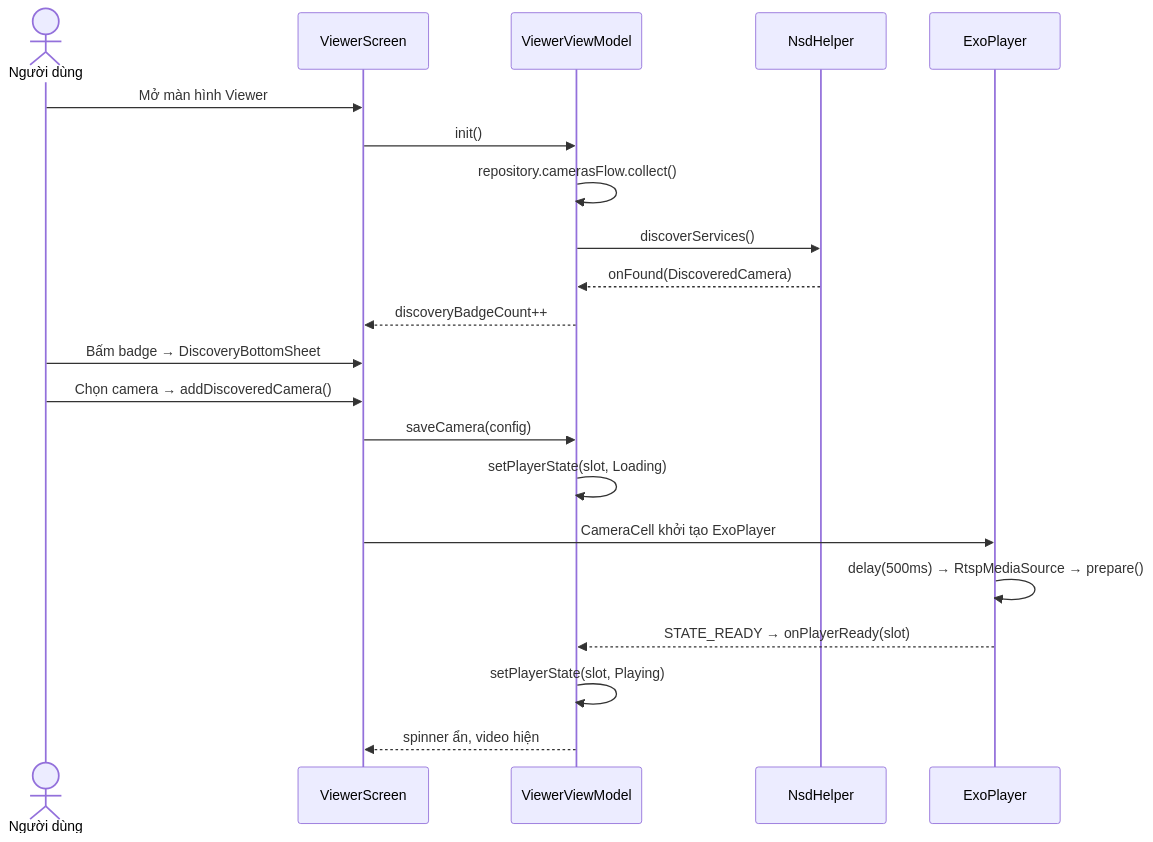
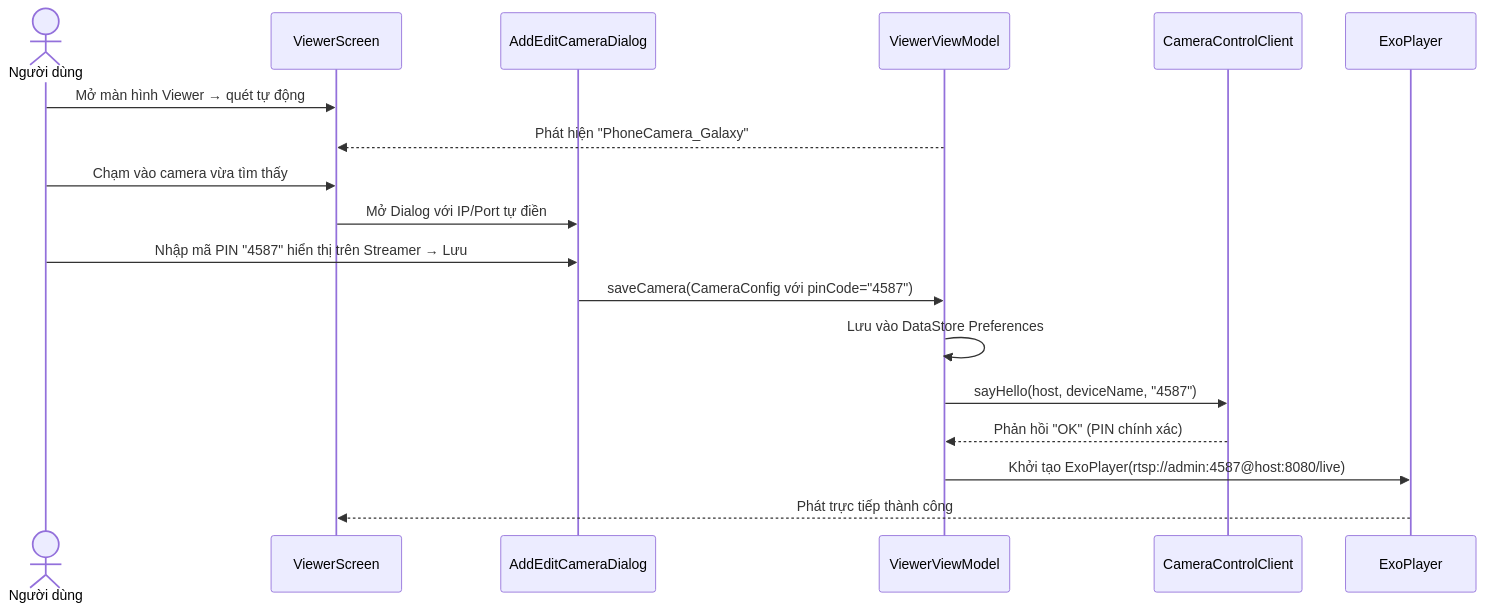
Before and after one commit to nvdung1607/PhoneCamera: the fourth of 5 diagrams in README.md, drawn with Mermaid. The commit also changed other lines of this file and 16 other files, not shown here.

````diff
--- a/README.md
+++ b/README.md
@@ -142,27 +210,22 @@
 ```mermaid
 sequenceDiagram
     actor U as Người dùng
     participant VS as ViewerScreen
+    participant ADD as AddEditCameraDialog
     participant VVM as ViewerViewModel
-    participant NSD as NsdHelper
+    participant CCC as CameraControlClient
     participant EXO as ExoPlayer
 
-    U->>VS: Mở màn hình Viewer
-    VS->>VVM: init()
-    VVM->>VVM: repository.camerasFlow.collect()
-    VVM->>NSD: discoverServices()
+    U->>VS: Mở màn hình Viewer → quét tự động
+    VVM-->>VS: Phát hiện "PhoneCamera_Galaxy"
+    U->>VS: Chạm vào camera vừa tìm thấy
+    VS->>ADD: Mở Dialog với IP/Port tự điền
+    U->>ADD: Nhập mã PIN "4587" hiển thị trên Streamer → Lưu
+    ADD->>VVM: saveCamera(CameraConfig với pinCode="4587")
+    VVM->>VVM: Lưu vào DataStore Preferences
 
-    NSD-->>VVM: onFound(DiscoveredCamera)
-    VVM-->>VS: discoveryBadgeCount++
-
-    U->>VS: Bấm badge → DiscoveryBottomSheet
-    U->>VS: Chọn camera → addDiscoveredCamera()
-    VS->>VVM: saveCamera(config)
-    VVM->>VVM: setPlayerState(slot, Loading)
-    VS->>EXO: CameraCell khởi tạo ExoPlayer
-
-    EXO->>EXO: delay(500ms) → RtspMediaSource → prepare()
-    EXO-->>VVM: STATE_READY → onPlayerReady(slot)
-    VVM->>VVM: setPlayerState(slot, Playing)
-    VVM-->>VS: spinner ẩn, video hiện
+    VVM->>CCC: sayHello(host, deviceName, "4587")
+    CCC-->>VVM: Phản hồi "OK" (PIN chính xác)
+    VVM->>EXO: Khởi tạo ExoPlayer(rtsp://admin:4587@host:8080/live)
+    EXO-->>VS: Phát trực tiếp thành công
 ```
````
